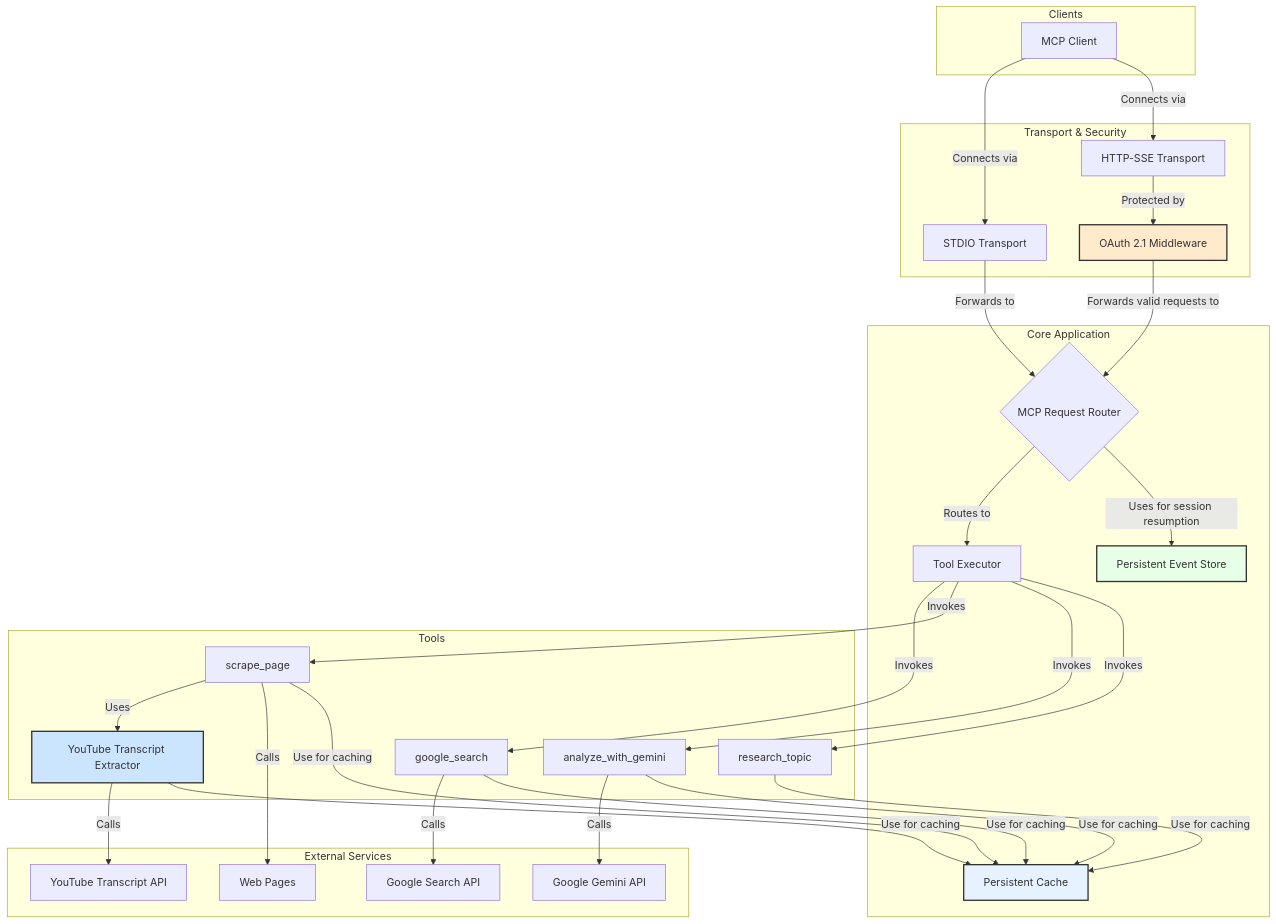
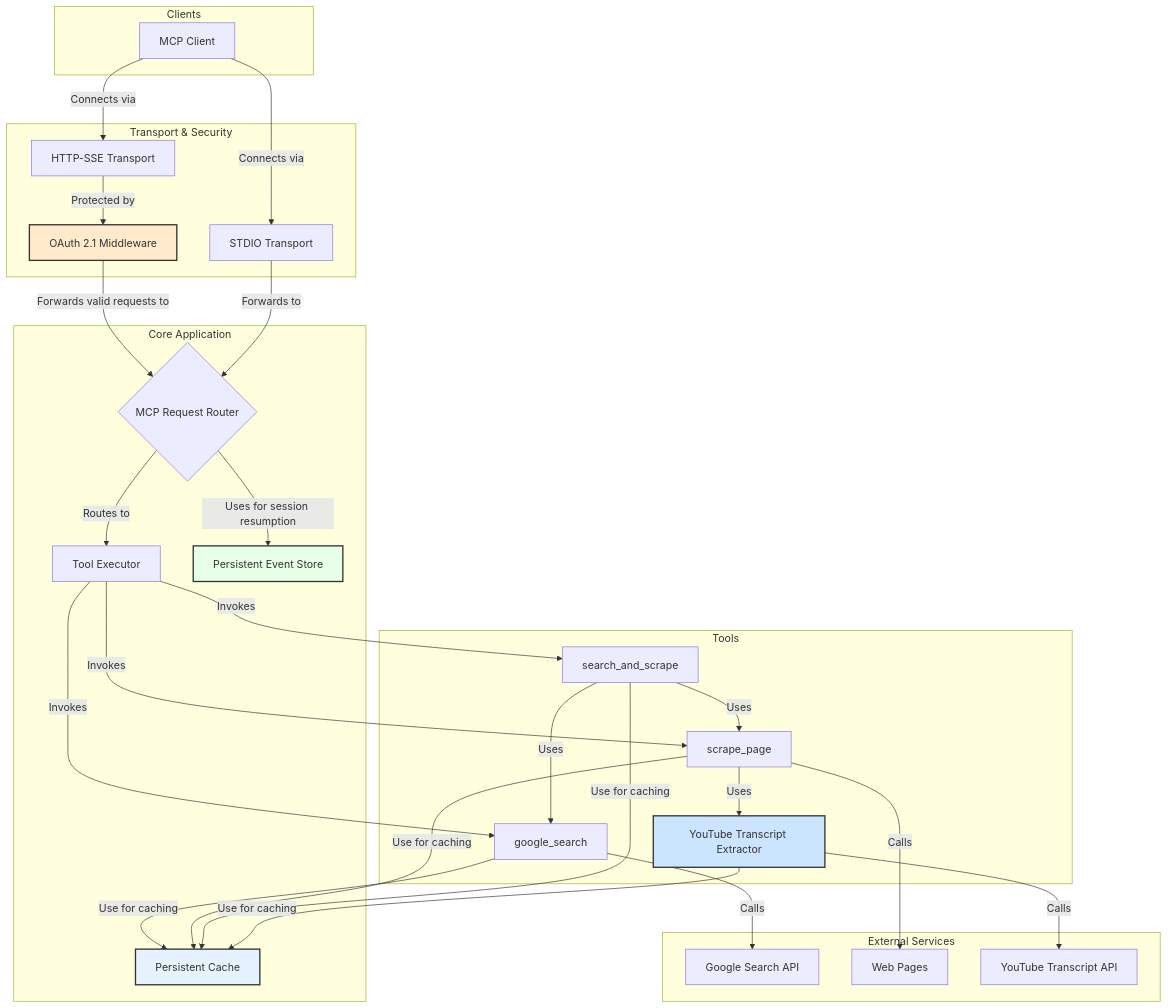
Before and after one commit to jimweller/google-research-mcp: the diagram in docs/architecture/architecture.md, drawn with Mermaid. The commit also changed other lines of this file and 35 other files, not shown here.

````diff
--- a/docs/architecture/architecture.md
+++ b/docs/architecture/architecture.md
@@ -46,63 +45,62 @@
 ```mermaid
 graph TD
     subgraph "Clients"
         A[MCP Client]
     end
 
     subgraph "Transport & Security"
         B[STDIO Transport]
         C[HTTP-SSE Transport]
         L[OAuth 2.1 Middleware]
     end
 
     subgraph "Core Application"
         D{MCP Request Router}
         E[Tool Executor]
         J[Persistent Cache]
         K[Persistent Event Store]
     end
 
     subgraph "Tools"
         F[google_search]
         G[scrape_page]
-        H[analyze_with_gemini]
-        I[research_topic]
+        I[search_and_scrape]
         YT[YouTube Transcript Extractor]
     end
 
     subgraph "External Services"
         M[Google Search API]
         N[Web Pages]
-        O[Google Gemini API]
         P[YouTube Transcript API]
     end
 
     A -- Connects via --> B
     A -- Connects via --> C
 
     C -- Protected by --> L
     L -- Forwards valid requests to --> D
     B -- Forwards to --> D
 
     D -- Routes to --> E
     E -- Invokes --> F
     E -- Invokes --> G
-    E -- Invokes --> H
     E -- Invokes --> I
 
     G -- Uses --> YT
 
     F -- Calls --> M
     G -- Calls --> N
-    H -- Calls --> O
     YT -- Calls --> P
 
-    F & G & H & I & YT -- Use for caching --> J
+    I -- Uses --> F
+    I -- Uses --> G
+
+    F & G & I & YT -- Use for caching --> J
     D -- Uses for session resumption --> K
 
     style YT fill:#cce5ff,stroke:#333,stroke-width:2px
 
     style J fill:#e6f2ff,stroke:#333,stroke-width:2px
     style K fill:#e6ffe6,stroke:#333,stroke-width:2px
     style L fill:#ffebcc,stroke:#333,stroke-width:2px
 ```
````
